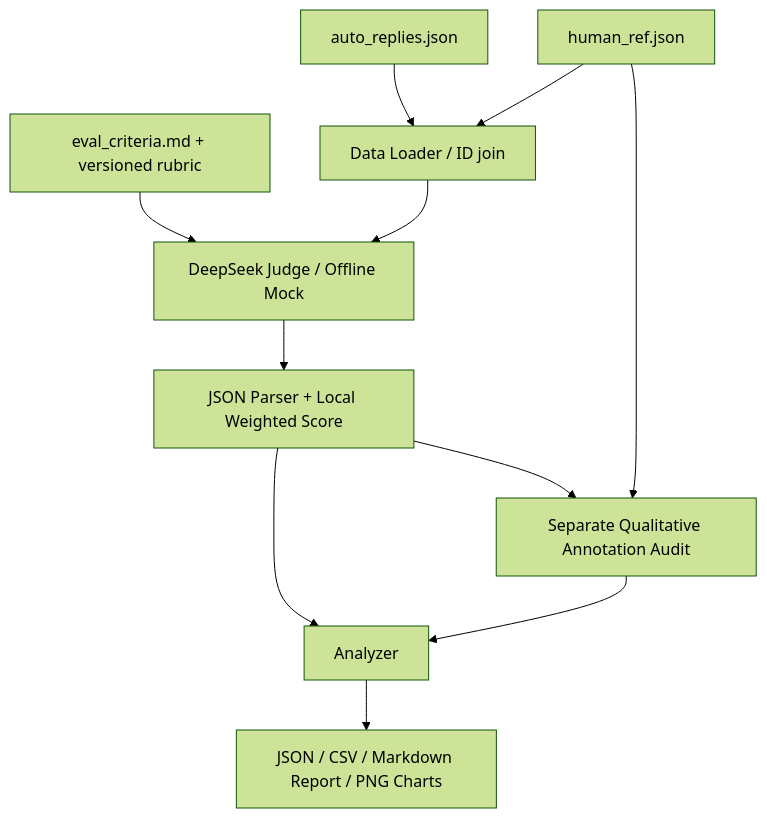
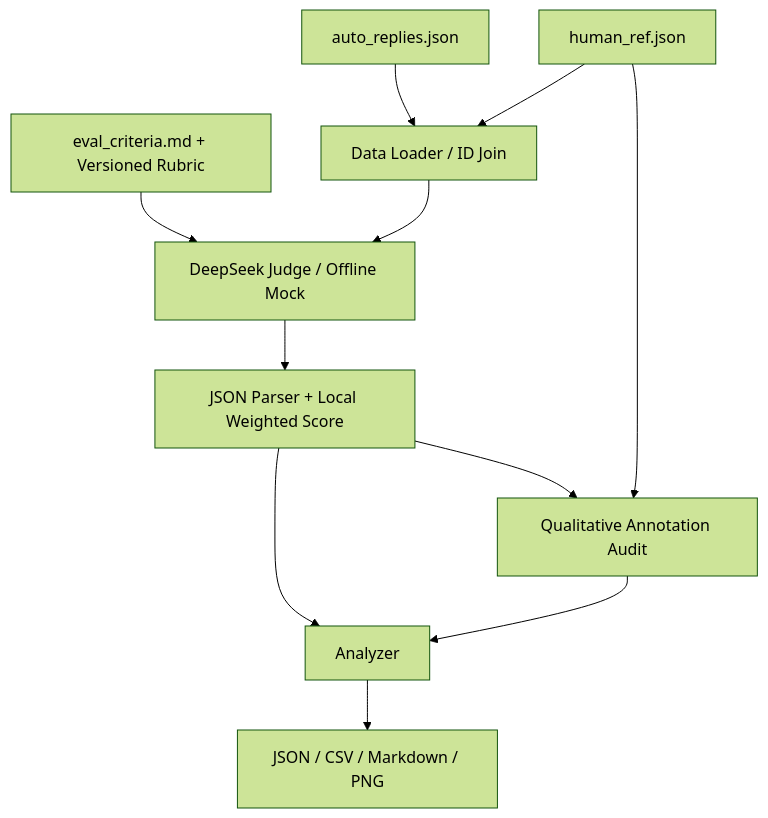
The diagram in README.md (situokesizt-create/auto-reply-evaluator), drawn with Mermaid (forest theme) before and after one commit. The commit also changed other lines of this file, not shown here.

````diff
--- a/README.md
+++ b/README.md
@@ -38,13 +111,18 @@
 ```mermaid
 flowchart TD
-    A[auto_replies.json] --> L[Data Loader / ID join]
+    A[auto_replies.json] --> L[Data Loader / ID Join]
     H[human_ref.json] --> L
-    C[eval_criteria.md + versioned rubric] --> J
+    C[eval_criteria.md + Versioned Rubric] --> J
+
     L --> J[DeepSeek Judge / Offline Mock]
+
     J --> P[JSON Parser + Local Weighted Score]
-    P --> V[Separate Qualitative Annotation Audit]
+
+    P --> V[Qualitative Annotation Audit]
     H --> V
+
     P --> S[Analyzer]
     V --> S
-    S --> O[JSON / CSV / Markdown Report / PNG Charts]
+
+    S --> O[JSON / CSV / Markdown / PNG]
 ```
````
